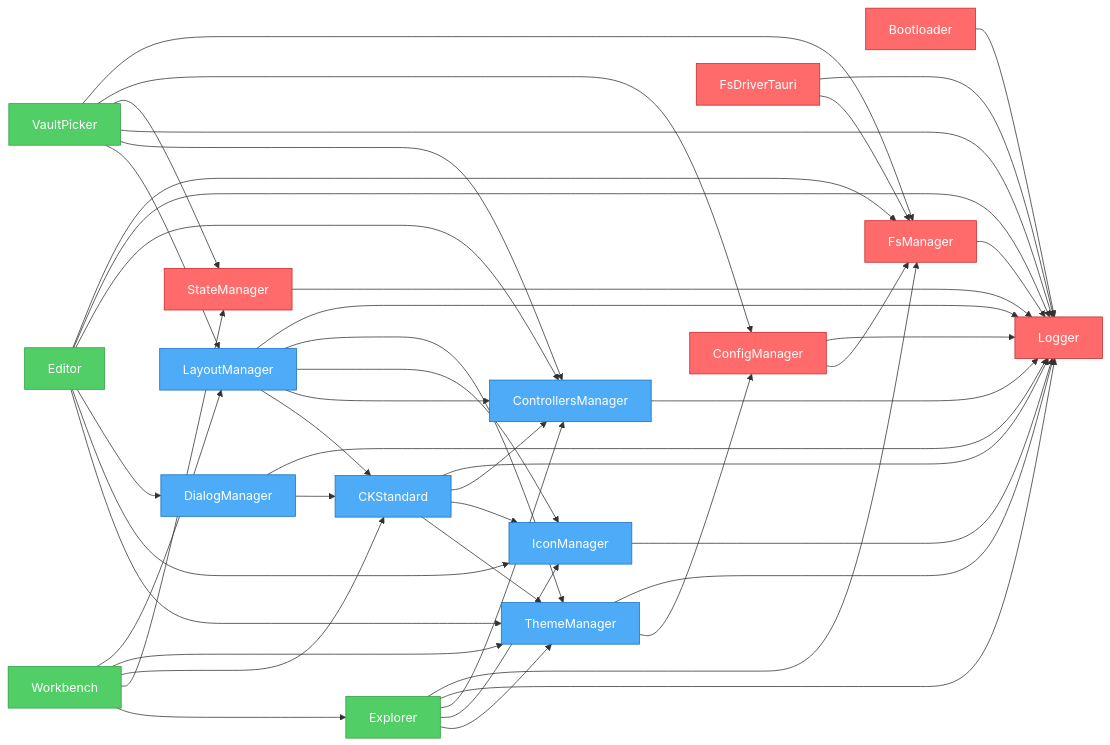
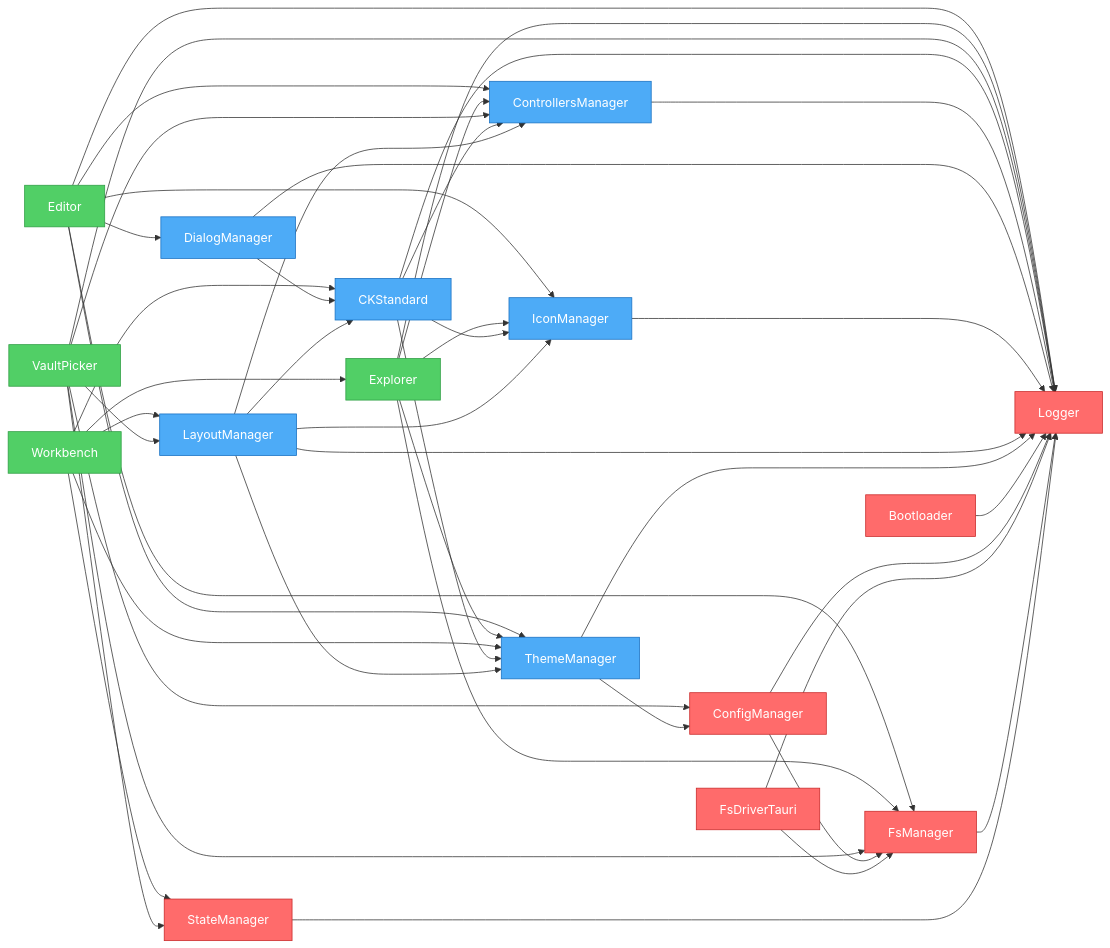
One commit to khton-tech/notehub.md changed the diagram in artifacts/graph.mmd. Above: the diagram before and after it, drawn with Mermaid. The commit also changed 7 other files, not shown here.

```diff
--- a/artifacts/graph.mmd
+++ b/artifacts/graph.mmd
@@ -1,70 +1,70 @@
 flowchart LR
     nh_features_editor["Editor"]
     nh_features_explorer["Explorer"]
+    nh_features_workbench["Workbench"]
     nh_features_vault-picker["VaultPicker"]
-    nh_features_workbench["Workbench"]
-    nh_system_bootloader["Bootloader"]
-    nh_system_config-manager["ConfigManager"]
-    nh_system_fs-manager["FsManager"]
-    nh_system_fs-driver-tauri["FsDriverTauri"]
-    nh_system_logger["Logger"]
-    nh_system_state-manager["StateManager"]
     nh_ui_ck-standard["CKStandard"]
     nh_ui_controllers-manager["ControllersManager"]
     nh_ui_dialog-manager["DialogManager"]
     nh_ui_icon-manager["IconManager"]
     nh_ui_layout-manager["LayoutManager"]
     nh_ui_theme-manager["ThemeManager"]
+    nh_system_bootloader["Bootloader"]
+    nh_system_config-manager["ConfigManager"]
+    nh_system_fs-driver-tauri["FsDriverTauri"]
+    nh_system_fs-manager["FsManager"]
+    nh_system_logger["Logger"]
+    nh_system_state-manager["StateManager"]
     nh_features_editor --> nh_system_fs-manager
     nh_features_editor --> nh_system_logger
     nh_features_editor --> nh_ui_controllers-manager
     nh_features_editor --> nh_ui_dialog-manager
     nh_features_editor --> nh_ui_icon-manager
     nh_features_editor --> nh_ui_theme-manager
     nh_features_explorer --> nh_system_fs-manager
     nh_features_explorer --> nh_system_logger
     nh_features_explorer --> nh_ui_controllers-manager
     nh_features_explorer --> nh_ui_icon-manager
     nh_features_explorer --> nh_ui_theme-manager
+    nh_features_workbench --> nh_ui_layout-manager
+    nh_features_workbench --> nh_ui_theme-manager
+    nh_features_workbench --> nh_ui_ck-standard
+    nh_features_workbench --> nh_system_state-manager
+    nh_features_workbench --> nh_features_explorer
     nh_features_vault-picker --> nh_system_fs-manager
     nh_features_vault-picker --> nh_system_config-manager
     nh_features_vault-picker --> nh_system_state-manager
     nh_features_vault-picker --> nh_system_logger
     nh_features_vault-picker --> nh_ui_controllers-manager
     nh_features_vault-picker --> nh_ui_layout-manager
-    nh_features_workbench --> nh_ui_layout-manager
-    nh_features_workbench --> nh_ui_theme-manager
-    nh_features_workbench --> nh_ui_ck-standard
-    nh_features_workbench --> nh_system_state-manager
-    nh_features_workbench --> nh_features_explorer
-    nh_system_bootloader --> nh_system_logger
-    nh_system_config-manager --> nh_system_logger
-    nh_system_config-manager --> nh_system_fs-manager
-    nh_system_fs-manager --> nh_system_logger
-    nh_system_fs-driver-tauri --> nh_system_logger
-    nh_system_fs-driver-tauri --> nh_system_fs-manager
-    nh_system_state-manager --> nh_system_logger
     nh_ui_ck-standard --> nh_system_logger
     nh_ui_ck-standard --> nh_ui_controllers-manager
     nh_ui_ck-standard --> nh_ui_icon-manager
     nh_ui_ck-standard --> nh_ui_theme-manager
     nh_ui_controllers-manager --> nh_system_logger
     nh_ui_dialog-manager --> nh_system_logger
     nh_ui_dialog-manager --> nh_ui_ck-standard
     nh_ui_icon-manager --> nh_system_logger
     nh_ui_layout-manager --> nh_system_logger
     nh_ui_layout-manager --> nh_ui_theme-manager
     nh_ui_layout-manager --> nh_ui_icon-manager
     nh_ui_layout-manager --> nh_ui_controllers-manager
     nh_ui_layout-manager --> nh_ui_ck-standard
     nh_ui_theme-manager --> nh_system_logger
     nh_ui_theme-manager --> nh_system_config-manager
+    nh_system_bootloader --> nh_system_logger
+    nh_system_config-manager --> nh_system_logger
+    nh_system_config-manager --> nh_system_fs-manager
+    nh_system_fs-driver-tauri --> nh_system_logger
+    nh_system_fs-driver-tauri --> nh_system_fs-manager
+    nh_system_fs-manager --> nh_system_logger
+    nh_system_state-manager --> nh_system_logger
 
     %% Styles
     classDef system fill:#ff6b6b,stroke:#c92a2a,color:#fff
     classDef ui fill:#4dabf7,stroke:#1971c2,color:#fff
     classDef feature fill:#51cf66,stroke:#2f9e44,color:#fff
     class nh_features_editor,nh_features_explorer,nh_features_workbench feature
     class nh_features_vault-picker feature
-    class nh_system_bootloader,nh_system_config-manager,nh_system_fs-manager,nh_system_fs-driver-tauri,nh_system_logger,nh_system_state-manager system
     class nh_ui_ck-standard,nh_ui_controllers-manager,nh_ui_dialog-manager,nh_ui_icon-manager,nh_ui_layout-manager,nh_ui_theme-manager ui
+    class nh_system_bootloader,nh_system_config-manager,nh_system_fs-driver-tauri,nh_system_fs-manager,nh_system_logger,nh_system_state-manager system
```
